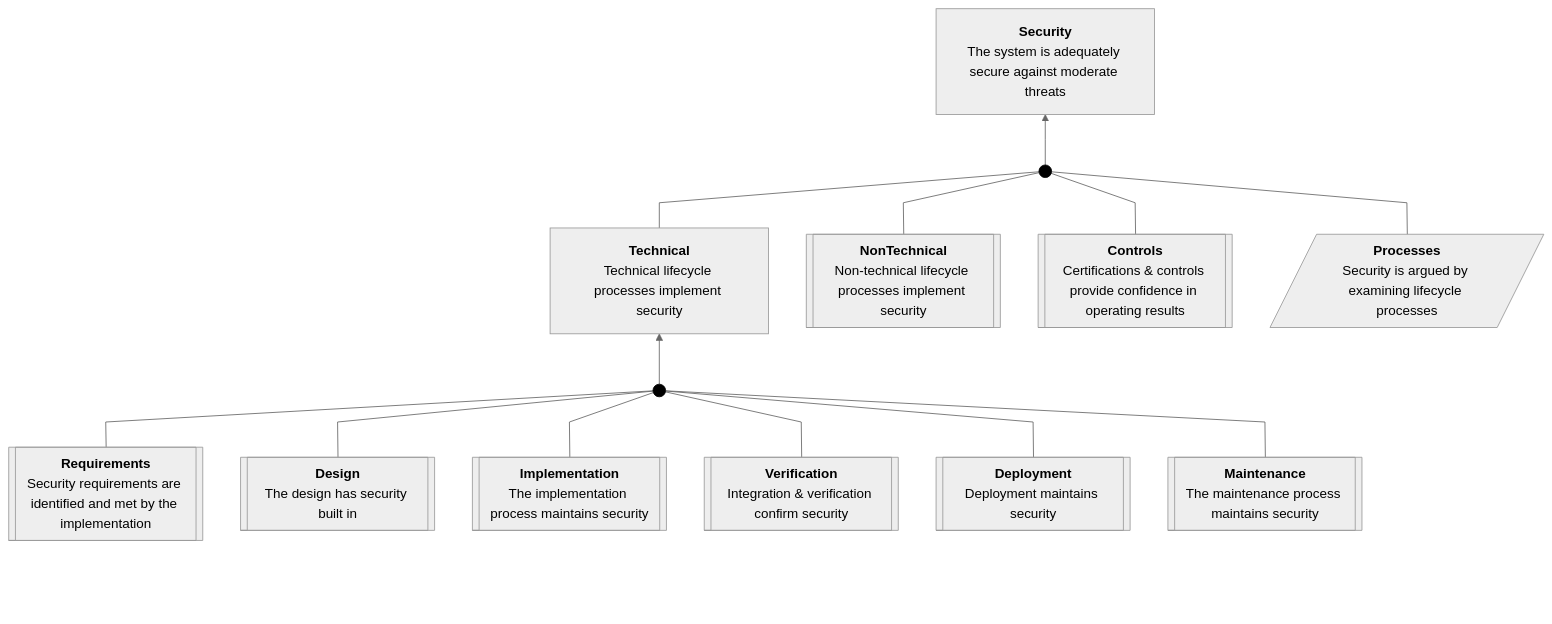
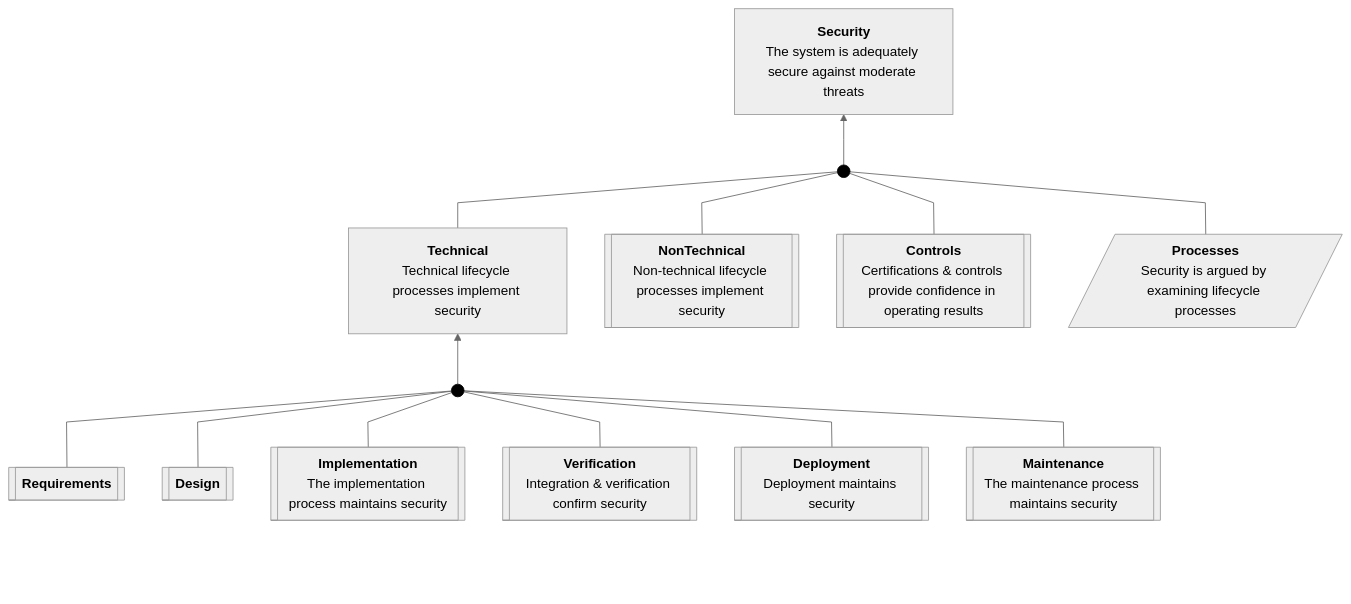
One commit to david-a-wheeler/caseproc changed the first of 3 diagrams in tests/fixtures/badgeapp-doc-input.expected.md. Above: the diagram before and after it, drawn with Mermaid. The commit also changed other lines of this file and 4 other files, not shown here.

````diff
--- a/tests/fixtures/badgeapp-doc-input.expected.md
+++ b/tests/fixtures/badgeapp-doc-input.expected.md
@@ -10,44 +10,44 @@
 ```mermaid
 ---
 config:
   theme: neutral
   flowchart:
     curve: linear
     htmlLabels: true
     rankSpacing: 60
     nodeSpacing: 45
     padding: 15
 ---
 flowchart BT
     classDef invisible opacity:0
     classDef sacmDot fill:#000,stroke:#000
     classDef connector fill:none,stroke:#cccccc,stroke-width:1px;
     classDef abstractClaim stroke-width:2px,stroke-dasharray: 5 5;
     Security["<b>Security</b><br>The system is adequately secure against moderate threats"]
     Processes[/"<b>Processes</b><br>Security is argued by examining lifecycle processes"/]
     Technical["<b>Technical</b><br>Technical lifecycle processes implement security"]
     NonTechnical[["<b>NonTechnical</b><br>Non-technical lifecycle processes implement security"]]
     Controls[["<b>Controls</b><br>Certifications &amp; controls provide confidence in operating results"]]
-    Requirements[["<b>Requirements</b><br>Security requirements are identified and met by the implementation"]]
-    Design[["<b>Design</b><br>The design has security built in"]]
+    Requirements[["<b>Requirements</b>"]]
+    Design[["<b>Design</b>"]]
     Implementation[["<b>Implementation</b><br>The implementation process maintains security"]]
     Verification[["<b>Verification</b><br>Integration &amp; verification confirm security"]]
     Deployment[["<b>Deployment</b><br>Deployment maintains security"]]
     Maintenance[["<b>Maintenance</b><br>The maintenance process maintains security"]]
     Dot1((" ")):::sacmDot
     Dot2((" ")):::sacmDot
 
     BottomPadding[ ]:::invisible ~~~ Requirements
     Requirements --- Dot1
     Design --- Dot1
     Implementation --- Dot1
     Verification --- Dot1
     Deployment --- Dot1
     Maintenance --- Dot1
     Dot1 --> Technical
     Technical --- Dot2
     NonTechnical --- Dot2
     Controls --- Dot2
     Processes --- Dot2
     Dot2 --> Security
 ```
````
